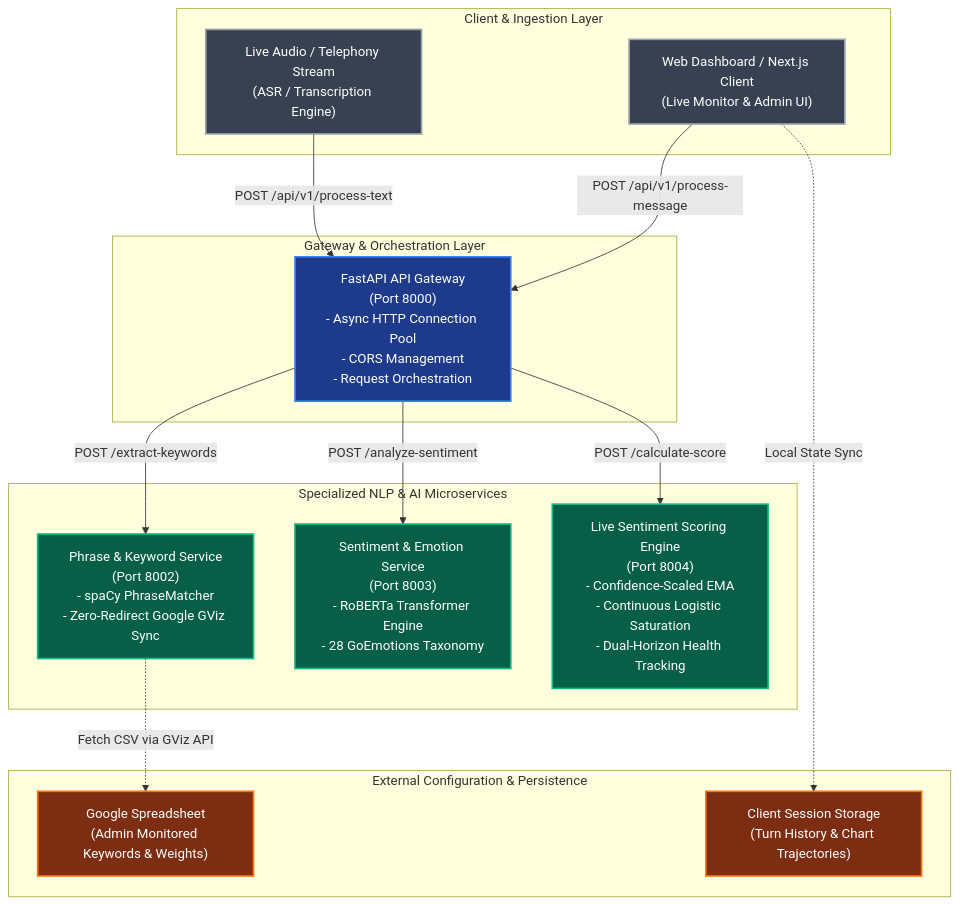
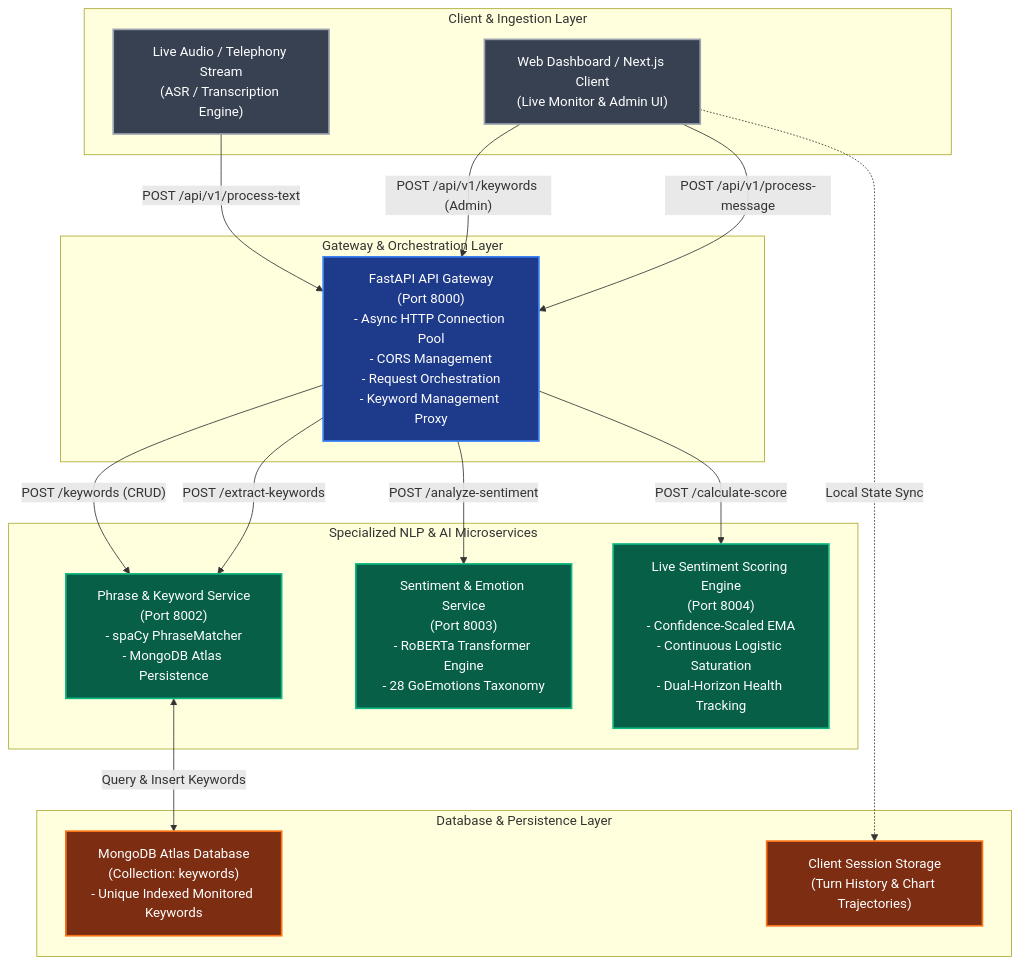
One commit to Thejandeera/live-call-sentiment changed the first of 6 diagrams in architecture.md. Above: the diagram before and after it, drawn with Mermaid. The commit also changed other lines of this file and 6 other files, not shown here.

Commit message:
feat: migrate keyword management from Google Sheets to MongoDB Atlas and implement service-phrase API endpoints

````diff
--- a/architecture.md
+++ b/architecture.md
@@ -11,41 +11,43 @@
 ```mermaid
 graph TB
     subgraph Client_Layer["Client & Ingestion Layer"]
         Frontend["Web Dashboard / Next.js Client<br/>(Live Monitor & Admin UI)"]
         AudioPipeline["Live Audio / Telephony Stream<br/>(ASR / Transcription Engine)"]
     end
 
     subgraph Gateway_Layer["Gateway & Orchestration Layer"]
-        APIGateway["FastAPI API Gateway<br/>(Port 8000)<br/>- Async HTTP Connection Pool<br/>- CORS Management<br/>- Request Orchestration"]
+        APIGateway["FastAPI API Gateway<br/>(Port 8000)<br/>- Async HTTP Connection Pool<br/>- CORS Management<br/>- Request Orchestration<br/>- Keyword Management Proxy"]
     end
 
     subgraph Microservices_Layer["Specialized NLP & AI Microservices"]
-        PhraseService["Phrase & Keyword Service<br/>(Port 8002)<br/>- spaCy PhraseMatcher<br/>- Zero-Redirect Google GViz Sync"]
+        PhraseService["Phrase & Keyword Service<br/>(Port 8002)<br/>- spaCy PhraseMatcher<br/>- MongoDB Atlas Persistence"]
         SentimentService["Sentiment & Emotion Service<br/>(Port 8003)<br/>- RoBERTa Transformer Engine<br/>- 28 GoEmotions Taxonomy"]
         ScoreService["Live Sentiment Scoring Engine<br/>(Port 8004)<br/>- Confidence-Scaled EMA<br/>- Continuous Logistic Saturation<br/>- Dual-Horizon Health Tracking"]
     end
 
-    subgraph External_Storage["External Configuration & Persistence"]
-        GoogleSheets["Google Spreadsheet<br/>(Admin Monitored Keywords & Weights)"]
+    subgraph Database_Layer["Database & Persistence Layer"]
+        MongoDB["MongoDB Atlas Database<br/>(Collection: keywords)<br/>- Unique Indexed Monitored Keywords"]
         BrowserStorage["Client Session Storage<br/>(Turn History & Chart Trajectories)"]
     end
 
     %% Flow Connections
     Frontend -->|"POST /api/v1/process-message"| APIGateway
+    Frontend -->|"POST /api/v1/keywords (Admin)"| APIGateway
     AudioPipeline -->|"POST /api/v1/process-text"| APIGateway
     APIGateway -->|"POST /extract-keywords"| PhraseService
+    APIGateway -->|"POST /keywords (CRUD)"| PhraseService
     APIGateway -->|"POST /analyze-sentiment"| SentimentService
     APIGateway -->|"POST /calculate-score"| ScoreService
-    PhraseService -.->|"Fetch CSV via GViz API"| GoogleSheets
+    PhraseService <-->|"Query & Insert Keywords"| MongoDB
     Frontend -.->|"Local State Sync"| BrowserStorage
 
     classDef gateway fill:#1e3a8a,stroke:#3b82f6,stroke-width:2px,color:#ffffff;
     classDef service fill:#065f46,stroke:#10b981,stroke-width:2px,color:#ffffff;
     classDef client fill:#374151,stroke:#9ca3af,stroke-width:2px,color:#ffffff;
     classDef external fill:#7c2d12,stroke:#f97316,stroke-width:2px,color:#ffffff;
 
     class APIGateway gateway;
     class PhraseService,SentimentService,ScoreService service;
     class Frontend,AudioPipeline client;
-    class GoogleSheets,BrowserStorage external;
+    class MongoDB,BrowserStorage external;
 ```
````
